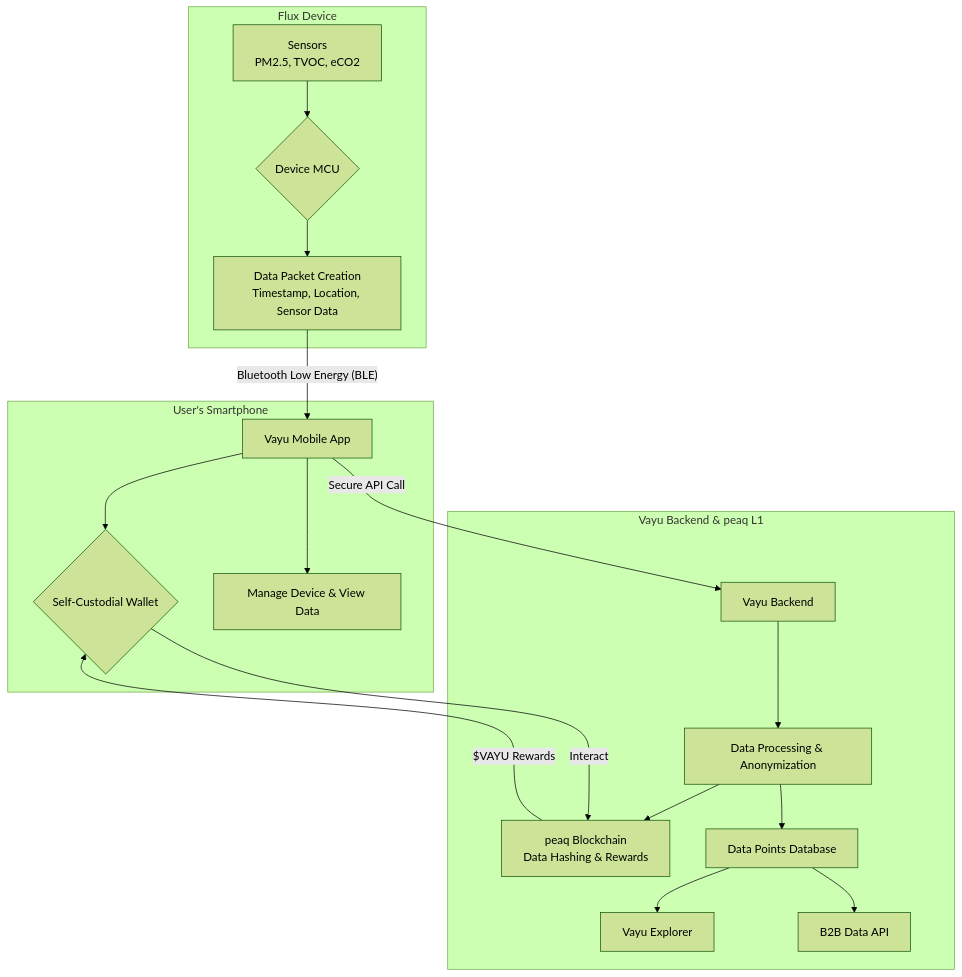
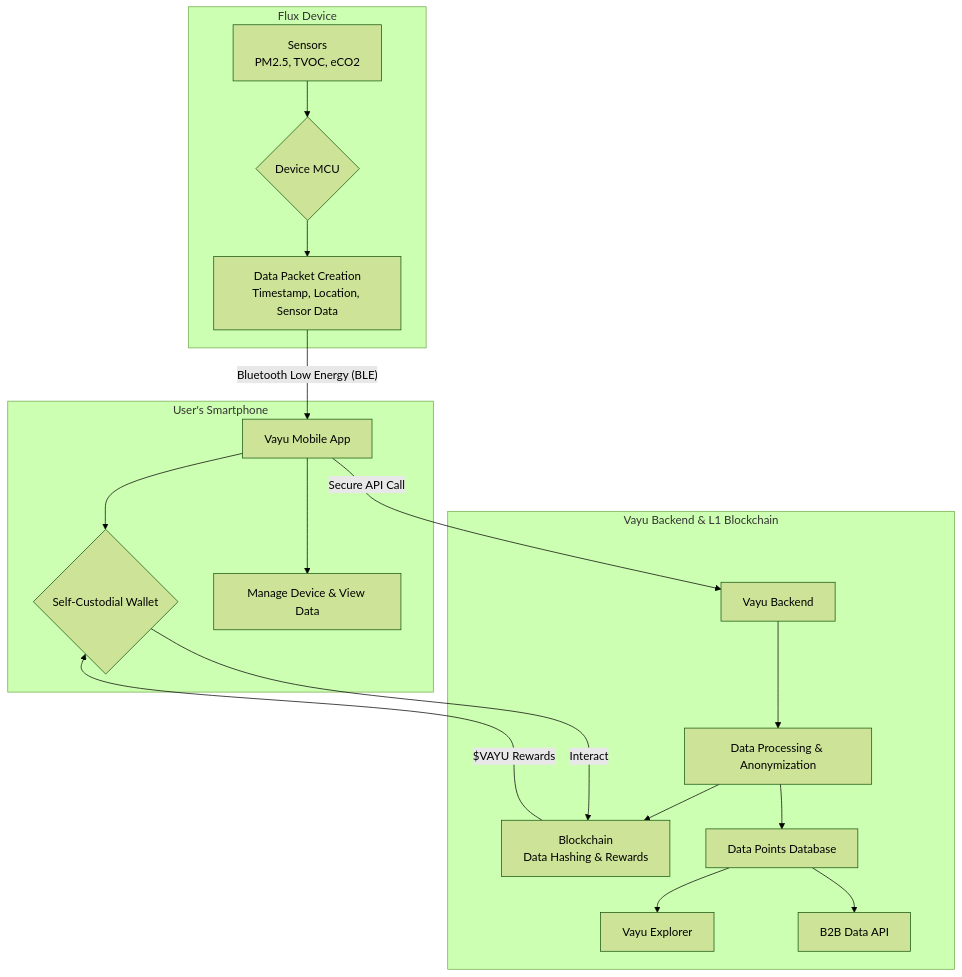
One commit to vayu-network/vayu-whitepaper changed the diagram in 02-technical-overview/02-architecture-overview.md. Above: the diagram before and after it, drawn with Mermaid (forest theme). The commit also changed other lines of this file and 7 other files, not shown here.

````diff
--- a/02-technical-overview/02-architecture-overview.md
+++ b/02-technical-overview/02-architecture-overview.md
@@ -9,25 +9,25 @@
 ```mermaid
 graph TD
     subgraph "Flux Device"
         A["Sensors<br/>PM2.5, TVOC, eCO2"] --> B{"Device MCU"}
         B --> C["Data Packet Creation<br/>Timestamp, Location, Sensor Data"]
     end
 
     subgraph "User's Smartphone"
         D["Vayu Mobile App"] --> E{"Self-Custodial Wallet"}
         D --> F["Manage Device & View Data"]
     end
 
-    subgraph "Vayu Backend & peaq L1"
+    subgraph "Vayu Backend & L1 Blockchain"
         G["Vayu Backend"] --> H["Data Processing & Anonymization"]
-        H --> I["peaq Blockchain<br/>Data Hashing & Rewards"]
+        H --> I["Blockchain<br/>Data Hashing & Rewards"]
         H --> J["Data Points Database"]
         J --> K["Vayu Explorer"]
         J --> L["B2B Data API"]
     end
 
     C --"Bluetooth Low Energy (BLE)"--> D
     D --"Secure API Call"--> G
     E --"Interact"--> I
     I --"$VAYU Rewards"--> E
 ```
````
